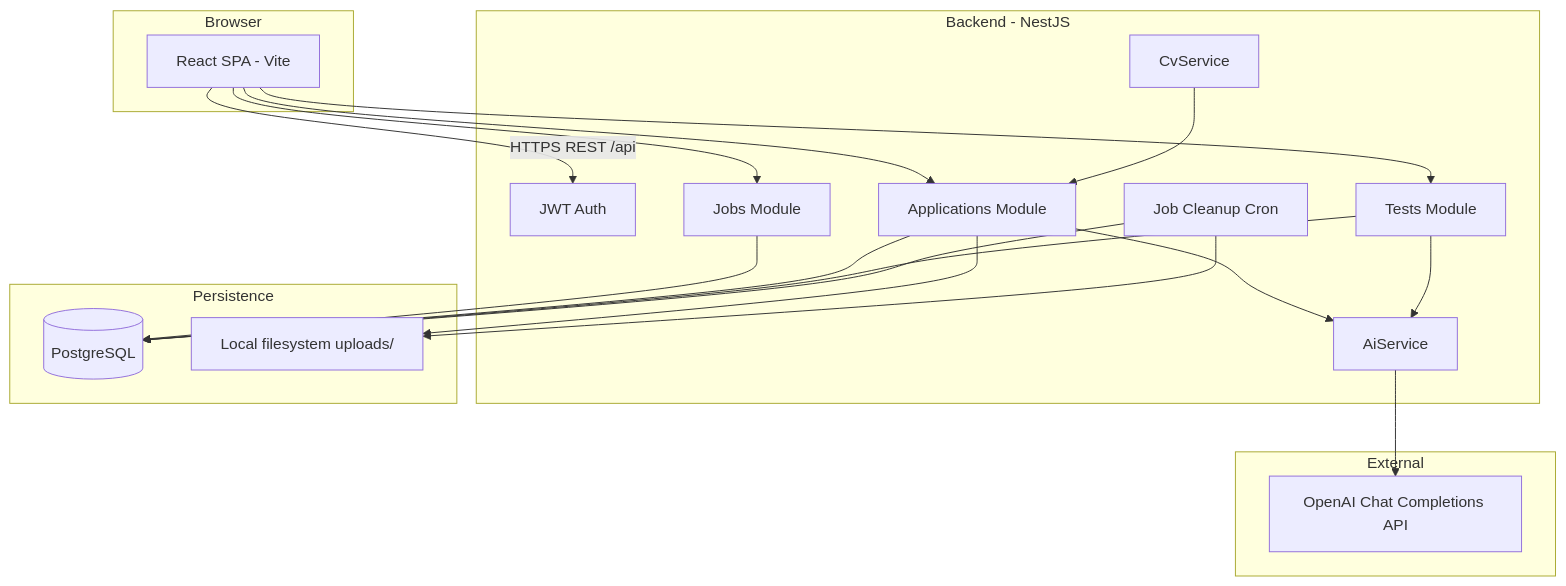
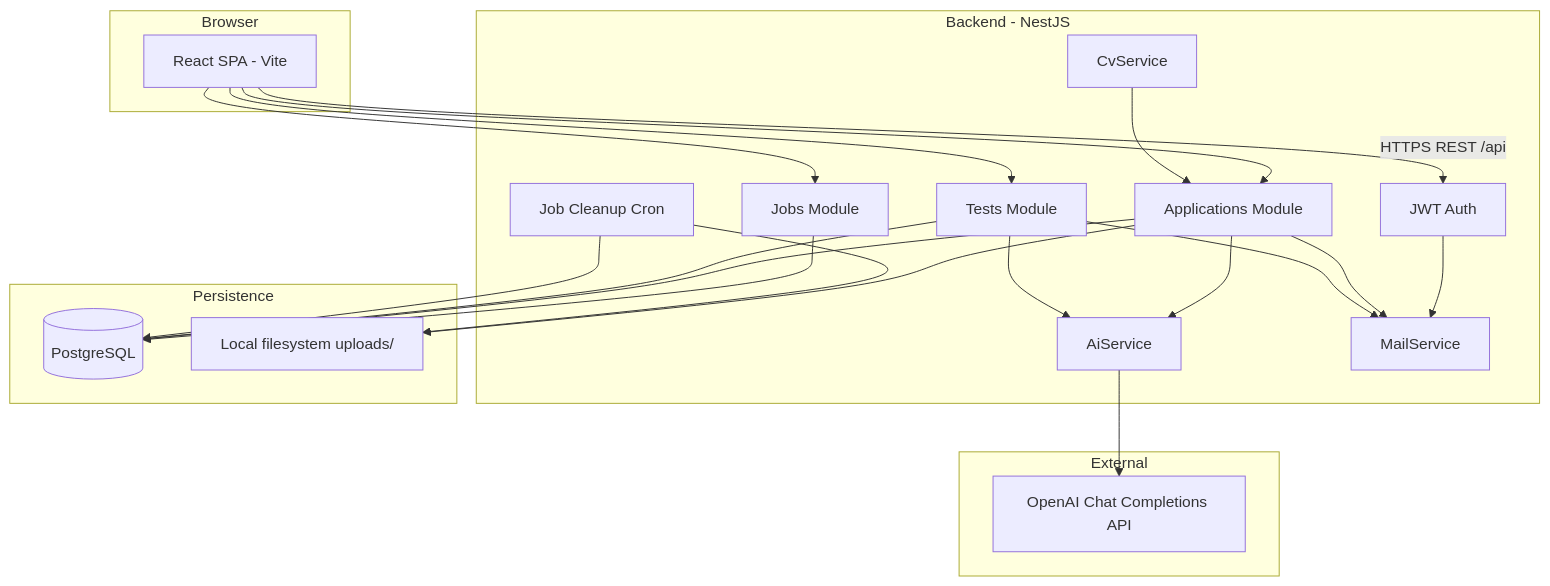
The first of 3 diagrams in docs/technical-design.md (Muds1r/Hire-Flow), drawn with Mermaid before and after one commit. The commit also changed other lines of this file and 4 other files, not shown here.

````diff
--- a/docs/technical-design.md
+++ b/docs/technical-design.md
@@ -23,40 +23,44 @@
 ```mermaid
 flowchart TB
   subgraph client [Browser]
     SPA[React SPA - Vite]
   end
 
   subgraph api [Backend - NestJS]
     Auth[JWT Auth]
     Jobs[Jobs Module]
     Apps[Applications Module]
     Tests[Tests Module]
     AI[AiService]
     CV[CvService]
     Cron[Job Cleanup Cron]
+    Mail[MailService]
   end
 
   subgraph data [Persistence]
     PG[(PostgreSQL)]
     FS[Local filesystem uploads/]
   end
 
   subgraph external [External]
     OAI[OpenAI Chat Completions API]
   end
 
   SPA -->|HTTPS REST /api| Auth
   SPA --> Jobs
   SPA --> Apps
   SPA --> Tests
   Jobs --> PG
   Apps --> PG
   Apps --> FS
   Apps --> AI
   Tests --> PG
   Tests --> AI
   AI --> OAI
   CV --> Apps
   Cron --> FS
   Cron --> PG
+  Auth --> Mail
+  Apps --> Mail
+  Tests --> Mail
 ```
````
